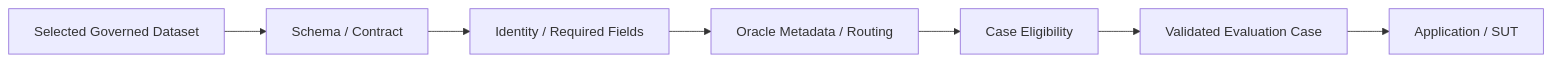
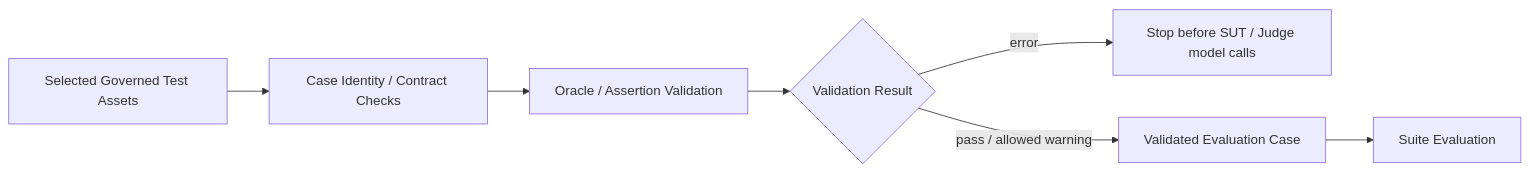
One commit to oleksandrserhieiev-beep/ai-qe-lab changed the third of 9 diagrams in docs/master_architecture.md. Above: the diagram before and after it, drawn with Mermaid. The commit also changed other lines of this file, not shown here.

````diff
--- a/docs/master_architecture.md
+++ b/docs/master_architecture.md
@@ -65,9 +109,9 @@
 ```mermaid
 flowchart LR
-    DS["Selected Governed Dataset"] --> SC["Schema / Contract"]
-    SC --> ID["Identity / Required Fields"]
-    ID --> OR["Oracle Metadata / Routing"]
-    OR --> EL["Case Eligibility"]
-    EL --> VALID["Validated Evaluation Case"]
-    VALID --> APP["Application / SUT"]
+    DS["Selected Governed Test Assets"] --> ID["Case Identity / Contract Checks"]
+    ID --> OR["Oracle / Assertion Validation"]
+    OR --> RES{"Validation Result"}
+    RES -->|error| STOP["Stop before SUT / Judge model calls"]
+    RES -->|pass / allowed warning| VALID["Validated Evaluation Case"]
+    VALID --> SE["Suite Evaluation"]
 ```
````
